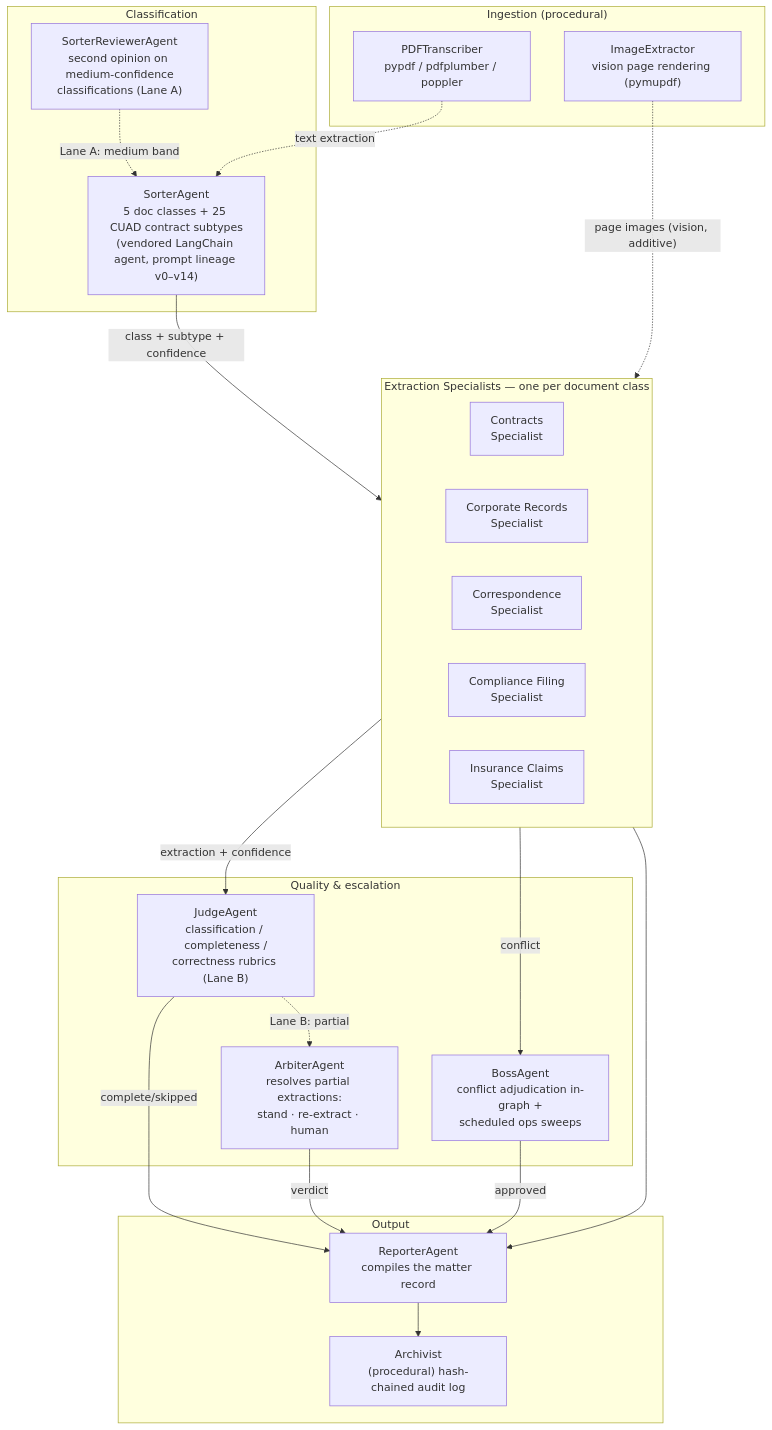
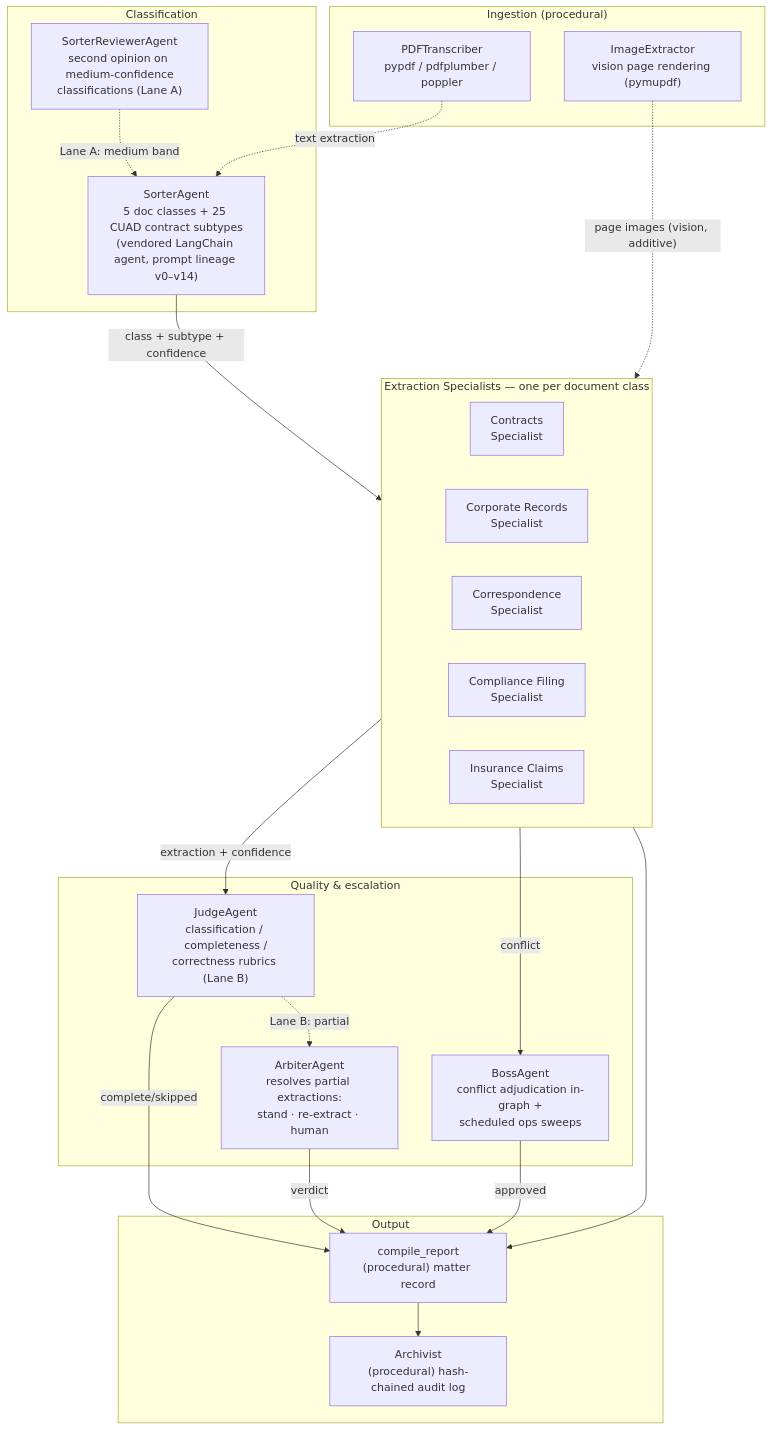
The second of 2 diagrams in README.md (Exios66/llm-mailroom), drawn with Mermaid before and after one commit. The commit also changed other lines of this file and 58 other files, not shown here.

````diff
--- a/README.md
+++ b/README.md
@@ -180,44 +180,44 @@
 ```mermaid
 flowchart TB
     subgraph CLASSIFY["Classification"]
         SORTER["SorterAgent<br/>5 doc classes + 25 CUAD contract subtypes<br/>(vendored LangChain agent, prompt lineage v0–v14)"]
         REVIEWER["SorterReviewerAgent<br/>second opinion on medium-confidence<br/>classifications (Lane A)"]
     end
 
     subgraph SPECIALISTS["Extraction Specialists — one per document class"]
         CONTRACTS["Contracts<br/>Specialist"]
         CORP["Corporate Records<br/>Specialist"]
         CORR["Correspondence<br/>Specialist"]
         COMP["Compliance Filing<br/>Specialist"]
         INS["Insurance Claims<br/>Specialist"]
     end
 
     subgraph QUALITY["Quality & escalation"]
         JUDGE["JudgeAgent<br/>classification / completeness /<br/>correctness rubrics (Lane B)"]
         ARBITER["ArbiterAgent<br/>resolves partial extractions:<br/>stand · re-extract · human"]
         BOSS["BossAgent<br/>conflict adjudication in-graph +<br/>scheduled ops sweeps"]
     end
 
     subgraph OUTPUT["Output"]
-        REPORTER["ReporterAgent<br/>compiles the matter record"]
+        REPORTER["compile_report<br/>(procedural) matter record"]
         ARCHIVIST["Archivist<br/>(procedural) hash-chained audit log"]
     end
 
     subgraph INGEST2["Ingestion (procedural)"]
         PDF["PDFTranscriber<br/>pypdf / pdfplumber / poppler"]
         IMG["ImageExtractor<br/>vision page rendering (pymupdf)"]
     end
 
     SORTER -- "class + subtype + confidence" --> SPECIALISTS
     REVIEWER -. "Lane A: medium band" .-> SORTER
     SPECIALISTS -- "extraction + confidence" --> JUDGE
     JUDGE -. "Lane B: partial" .-> ARBITER
     SPECIALISTS -- "conflict" --> BOSS
     SPECIALISTS --> REPORTER
     JUDGE -- "complete/skipped" --> REPORTER
     ARBITER -- "verdict" --> REPORTER
     BOSS -- "approved" --> REPORTER
     REPORTER --> ARCHIVIST
     PDF -. "text extraction" .-> SORTER
     IMG -. "page images (vision, additive)" .-> SPECIALISTS
 ```
````
